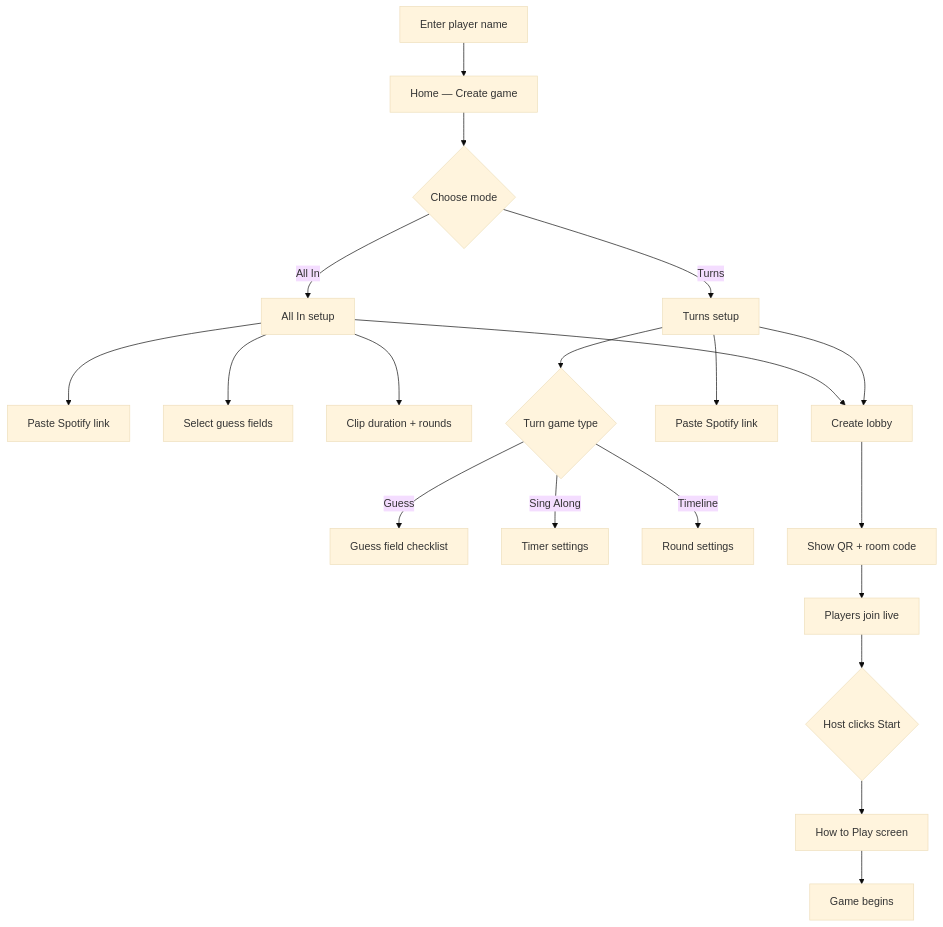
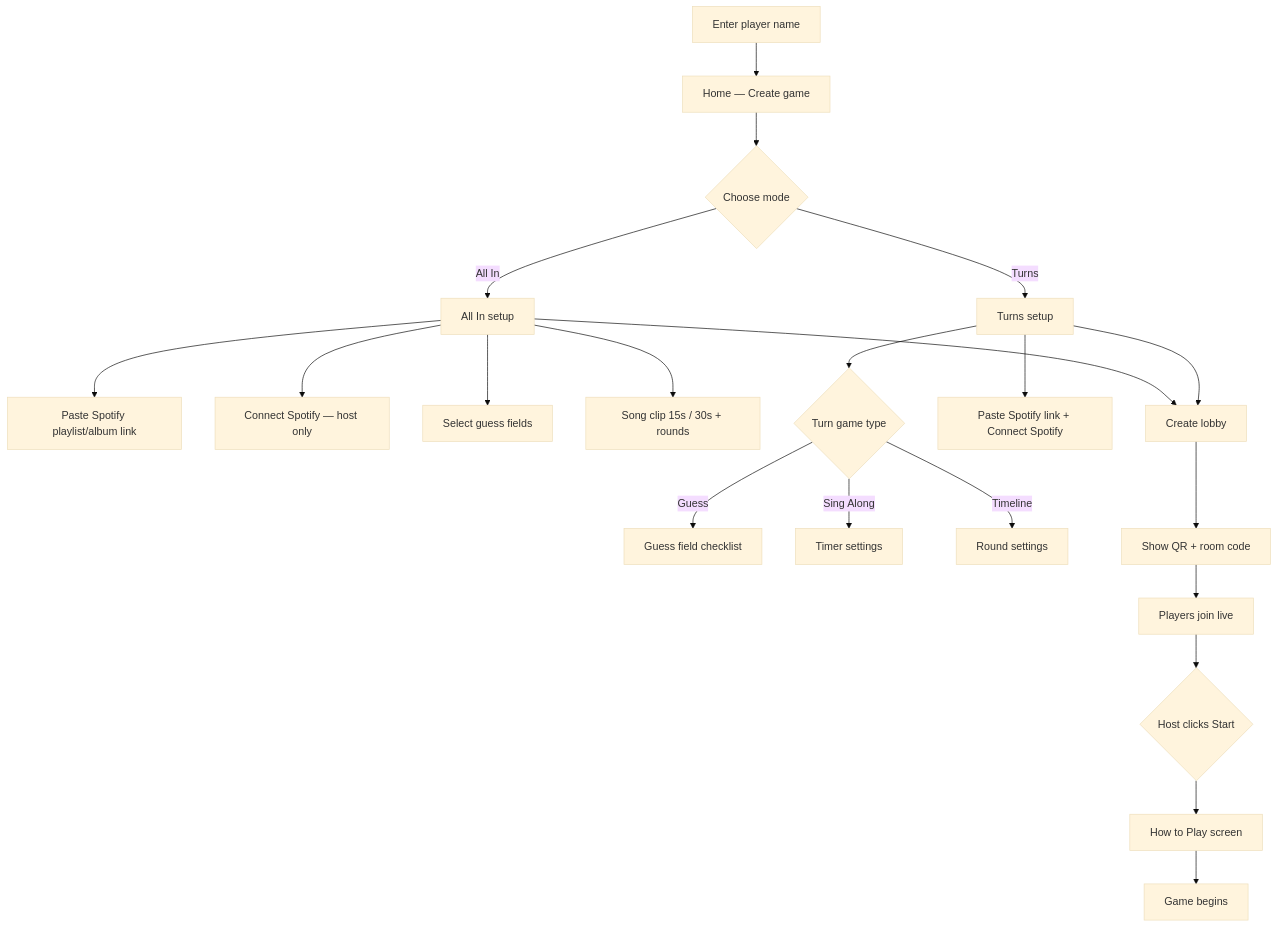
One commit to samirr2502/spot-the-song changed the second of 7 diagrams in docs/SCREEN_FLOW.md. Above: the diagram before and after it, drawn with Mermaid (base theme). The commit also changed other lines of this file and 62 other files, not shown here.

````diff
--- a/docs/SCREEN_FLOW.md
+++ b/docs/SCREEN_FLOW.md
@@ -31,22 +34,23 @@
 ```mermaid
 flowchart TD
   A[Enter player name] --> B[Home — Create game]
   B --> C{Choose mode}
   C -->|All In| D[All In setup]
   C -->|Turns| E[Turns setup]
-  D --> D1[Paste Spotify link]
+  D --> D1[Paste Spotify playlist/album link]
+  D --> D1b[Connect Spotify — host only]
   D --> D2[Select guess fields]
-  D --> D3[Clip duration + rounds]
+  D --> D3[Song clip 15s / 30s + rounds]
   D --> F[Create lobby]
-  E --> E1[Paste Spotify link]
+  E --> E1[Paste Spotify link + Connect Spotify]
   E --> E2{Turn game type}
   E2 -->|Guess| E3[Guess field checklist]
   E2 -->|Sing Along| E4[Timer settings]
   E2 -->|Timeline| E5[Round settings]
   E --> F
   F --> G[Show QR + room code]
   G --> H[Players join live]
   H --> I{Host clicks Start}
   I --> J[How to Play screen]
   J --> K[Game begins]
 ```
````
